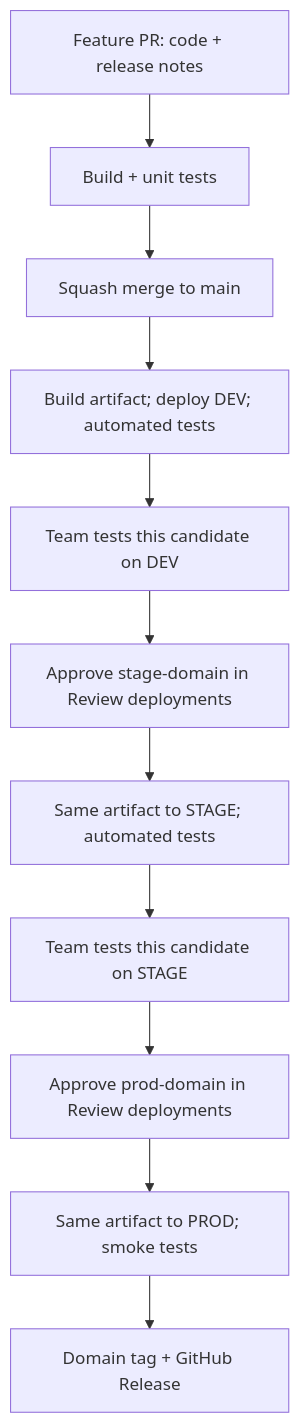
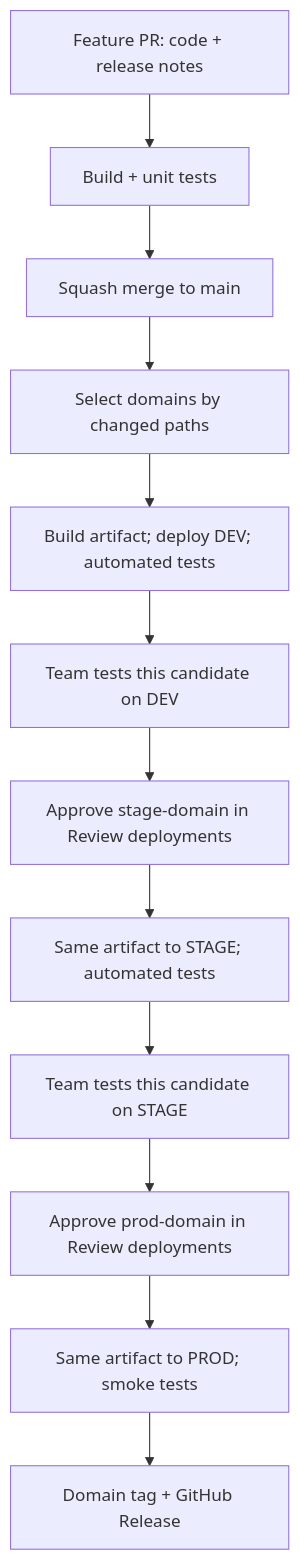
Before and after one commit to janodetzel/changesets-demo: the diagram in README.md, drawn with Mermaid. The commit also changed other lines of this file and 3 other files, not shown here.

Commit message:
Select domain release workflows by changed paths (#19)

````diff
--- a/README.md
+++ b/README.md
@@ -9,13 +9,14 @@
 ```mermaid
 flowchart TD
   PR[Feature PR: code + release notes] --> CHECK[Build + unit tests]
   CHECK --> MAIN[Squash merge to main]
-  MAIN --> DEV[Build artifact; deploy DEV; automated tests]
+  MAIN --> PATHS[Select domains by changed paths]
+  PATHS --> DEV[Build artifact; deploy DEV; automated tests]
   DEV --> MANUALDEV[Team tests this candidate on DEV]
   MANUALDEV --> APPROVESTAGE[Approve stage-domain in Review deployments]
   APPROVESTAGE --> STAGE[Same artifact to STAGE; automated tests]
   STAGE --> MANUALSTAGE[Team tests this candidate on STAGE]
   MANUALSTAGE --> APPROVEPROD[Approve prod-domain in Review deployments]
   APPROVEPROD --> PROD[Same artifact to PROD; smoke tests]
   PROD --> RELEASE[Domain tag + GitHub Release]
 ```
````
